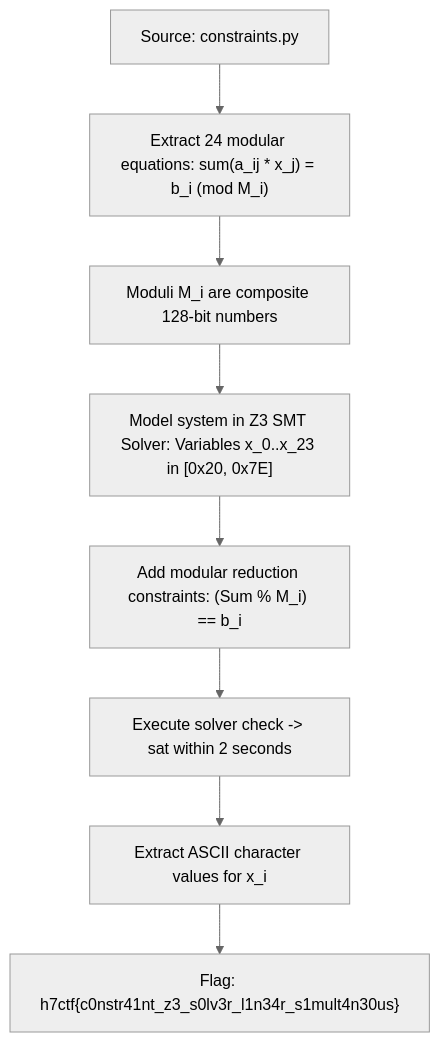
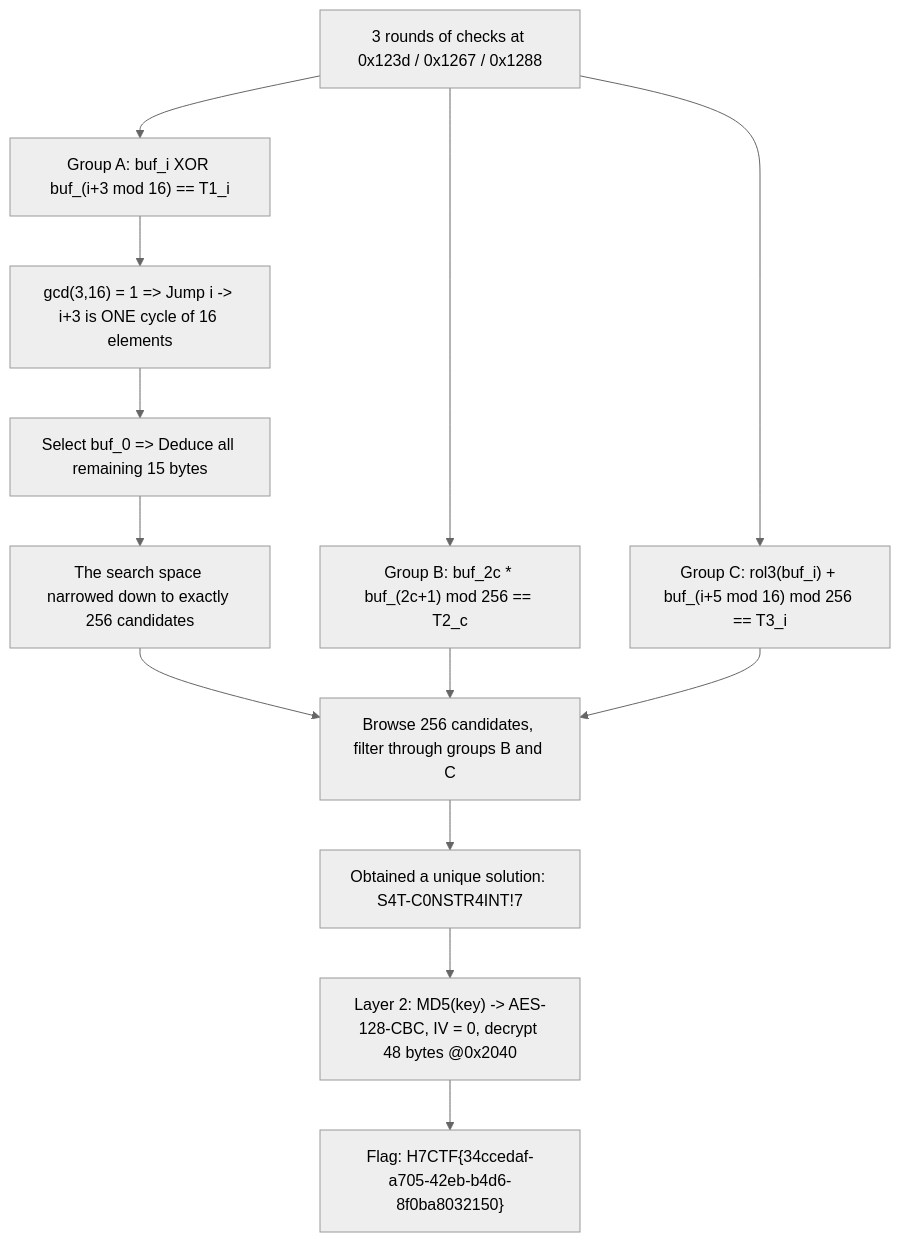
Before and after one commit to Lizamort1/ctf-writeups: the second of 2 diagrams in _posts/2026-09-27-constraint-yourself.md, drawn with Mermaid (neutral theme). The commit also changed other lines of this file and 42 other files, not shown here.

Commit message:
fix: synchronize bilingual writeups and redraw diagrams

````diff
--- a/_posts/2026-09-27-constraint-yourself.md
+++ b/_posts/2026-09-27-constraint-yourself.md
@@ -110,10 +109,15 @@
 ```mermaid
 flowchart TD
-    A["Source: constraints.py"] --> B["Extract 24 modular equations: sum(a_ij * x_j) = b_i (mod M_i)"]
-    B --> C["Moduli M_i are composite 128-bit numbers"]
-    C --> D["Model system in Z3 SMT Solver: Variables x_0..x_23 in [0x20, 0x7E]"]
-    D --> E["Add modular reduction constraints: (Sum % M_i) == b_i"]
-    E --> F["Execute solver check -> sat within 2 seconds"]
-    F --> G["Extract ASCII character values for x_i"]
-    G --> H["Flag: h7ctf{c0nstr41nt_z3_s0lv3r_l1n34r_s1mult4n30us}"]
+    A["3 rounds of checks at 0x123d / 0x1267 / 0x1288"] --> B["Group A: buf_i XOR buf_(i+3 mod 16) == T1_i"]
+    B --> C["gcd(3,16) = 1 => Jump i -> i+3 is ONE cycle of 16 elements"]
+    C --> D["Select buf_0 => Deduce all remaining 15 bytes"]
+    D --> E["The search space narrowed down to exactly 256 candidates"]
+    A --> F["Group B: buf_2c * buf_(2c+1) mod 256 == T2_c"]
+    A --> G["Group C: rol3(buf_i) + buf_(i+5 mod 16) mod 256 == T3_i"]
+    E --> H["Browse 256 candidates, filter through groups B and C"]
+    F --> H
+    G --> H
+    H --> I["Obtained a unique solution: S4T-C0NSTR4INT!7"]
+    I --> J["Layer 2: MD5(key) -> AES-128-CBC, IV = 0, decrypt 48 bytes @0x2040"]
+    J --> K["Flag: H7CTF{34ccedaf-a705-42eb-b4d6-8f0ba8032150}"]
 ```
````
